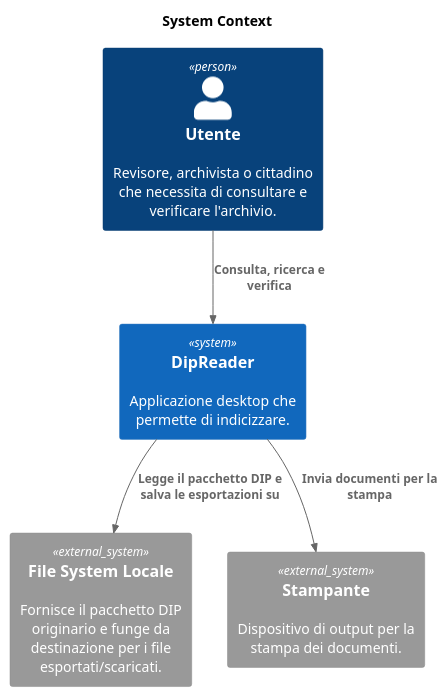
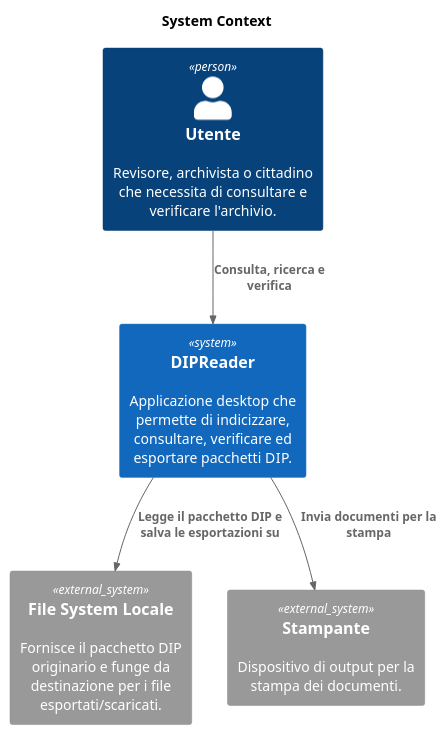
One commit to 7-ZPUs/Docs changed the diagram in 3_PB/SpecificaTecnica/c1.puml. Above: the diagram before and after it, drawn with PlantUML. The commit also changed 2 other files, not shown here.

```diff
--- a/3_PB/SpecificaTecnica/c1.puml
+++ b/3_PB/SpecificaTecnica/c1.puml
@@ -1,13 +1,13 @@
 @startuml
 !include https://raw.githubusercontent.com/plantuml-stdlib/C4-PlantUML/master/C4_Context.puml
 title System Context
 
 Person(user, "Utente", "Revisore, archivista o cittadino che necessita di consultare e verificare l'archivio.")
-System(dipreader, "DipReader", "Applicazione desktop che permette di indicizzare.")
+System(dipreader, "DIPReader", "Applicazione desktop che permette di indicizzare, consultare, verificare ed esportare pacchetti DIP.")
 System_Ext(filesystem, "File System Locale", "Fornisce il pacchetto DIP originario e funge da destinazione per i file esportati/scaricati.")
 System_Ext(printer, "Stampante", "Dispositivo di output per la stampa dei documenti.")
 
 Rel(user, dipreader, "Consulta, ricerca e verifica")
 Rel(dipreader, filesystem, "Legge il pacchetto DIP e salva le esportazioni su")
 Rel(dipreader, printer, "Invia documenti per la stampa")
 @enduml
```
